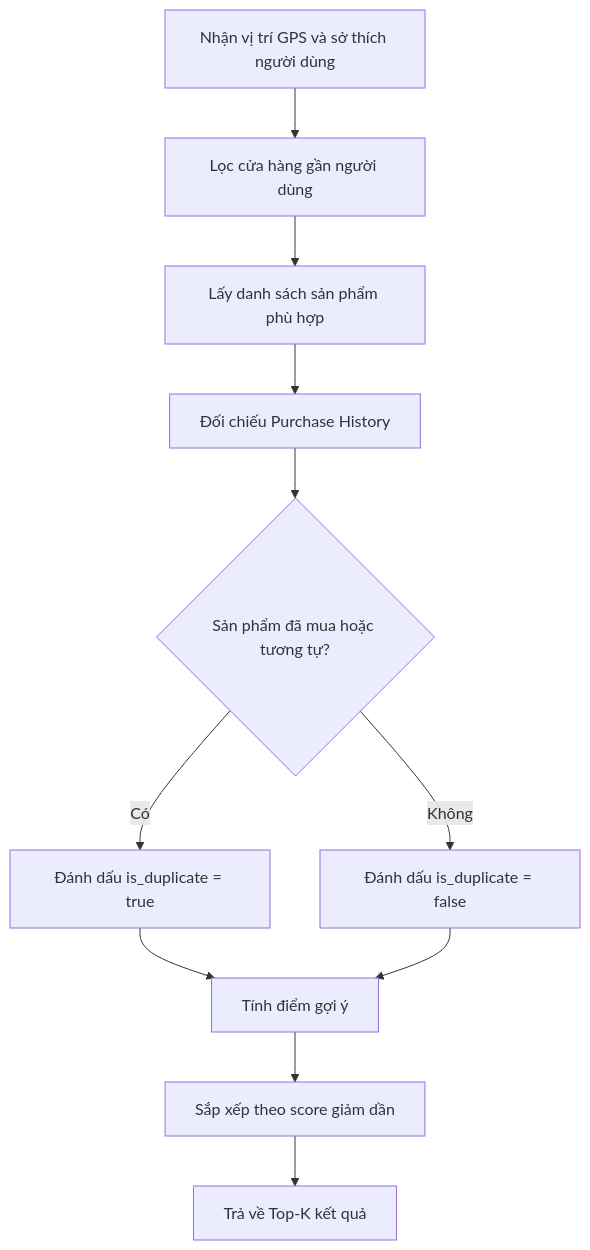
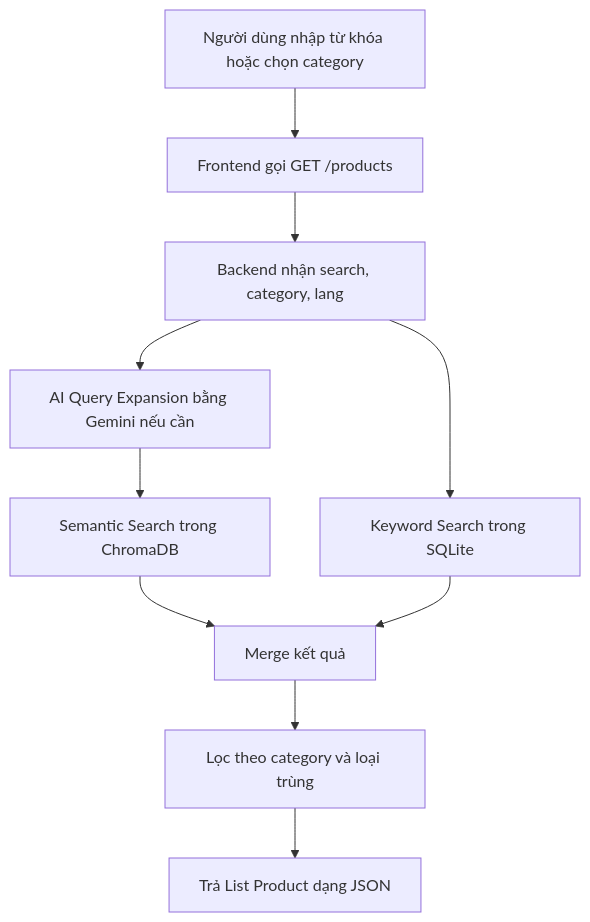
Before and after one commit to KhangDinh610/Smart-Travel-System-Project: the fifth of 8 diagrams in task_doc/Viet_representation.md, drawn with Mermaid. The commit also changed other lines of this file, not shown here.

Commit message:
Complete Viet_representation.md based on project graph report

````diff
--- a/task_doc/Viet_representation.md
+++ b/task_doc/Viet_representation.md
@@ -267,13 +313,12 @@
 ```mermaid
 flowchart TD
-    A[Nhận vị trí GPS và sở thích người dùng] --> B[Lọc cửa hàng gần người dùng]
-    B --> C[Lấy danh sách sản phẩm phù hợp]
-    C --> D[Đối chiếu Purchase History]
-    D --> E{Sản phẩm đã mua hoặc tương tự?}
-    E -->|Có| F[Đánh dấu is_duplicate = true]
-    E -->|Không| G[Đánh dấu is_duplicate = false]
-    F --> H[Tính điểm gợi ý]
-    G --> H
-    H --> I[Sắp xếp theo score giảm dần]
-    I --> J[Trả về Top-K kết quả]
+    A[Người dùng nhập từ khóa hoặc chọn category] --> B[Frontend gọi GET /products]
+    B --> C[Backend nhận search, category, lang]
+    C --> D[AI Query Expansion bằng Gemini nếu cần]
+    D --> E[Semantic Search trong ChromaDB]
+    C --> F[Keyword Search trong SQLite]
+    E --> G[Merge kết quả]
+    F --> G
+    G --> H[Lọc theo category và loại trùng]
+    H --> I[Trả List Product dạng JSON]
 ```
````
